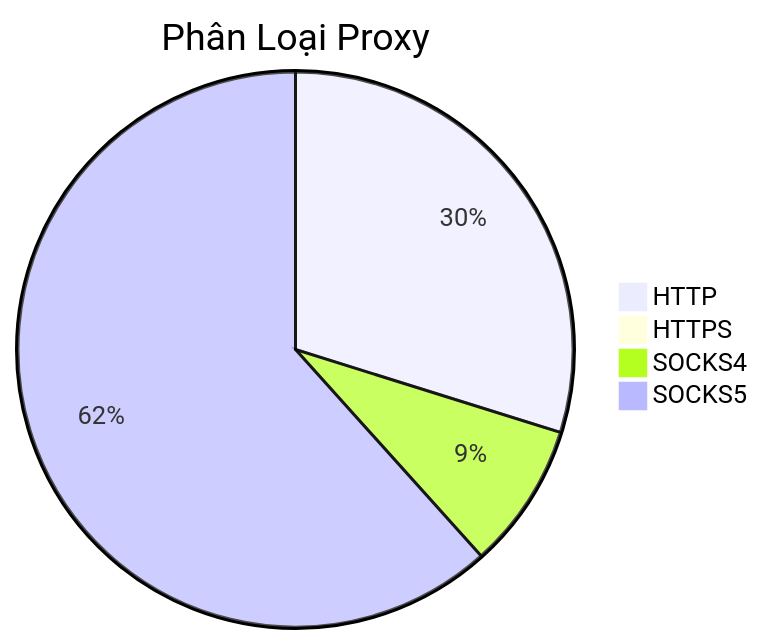
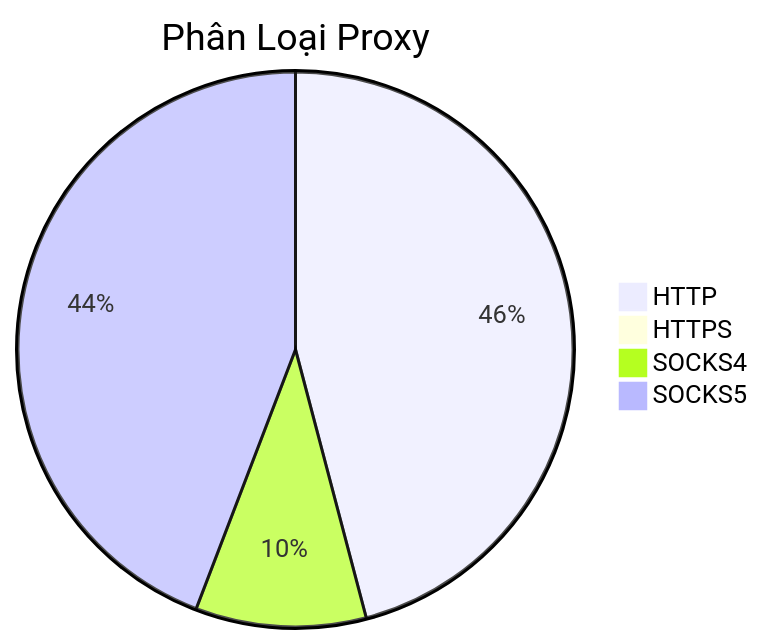
One commit to Ciara-Aa/PROXY-free changed the diagram in README.md. Above: the diagram before and after it, drawn with Mermaid. The commit also changed other lines of this file and 4 other files, not shown here.

````diff
--- a/README.md
+++ b/README.md
@@ -26,7 +26,7 @@
 ```mermaid
 pie title Phân Loại Proxy
-    "HTTP" : 613
-    "HTTPS" : 1
-    "SOCKS4" : 175
-    "SOCKS5" : 1267
+    "HTTP" : 1202
+    "HTTPS" : 2
+    "SOCKS4" : 260
+    "SOCKS5" : 1157
 ```
````
